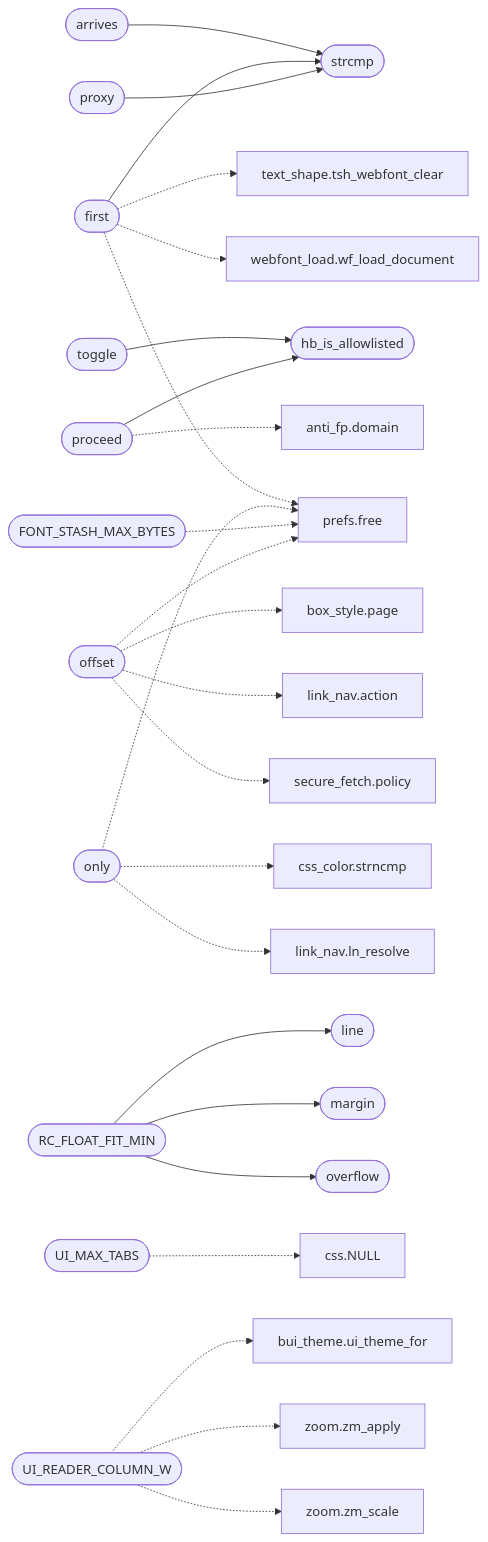
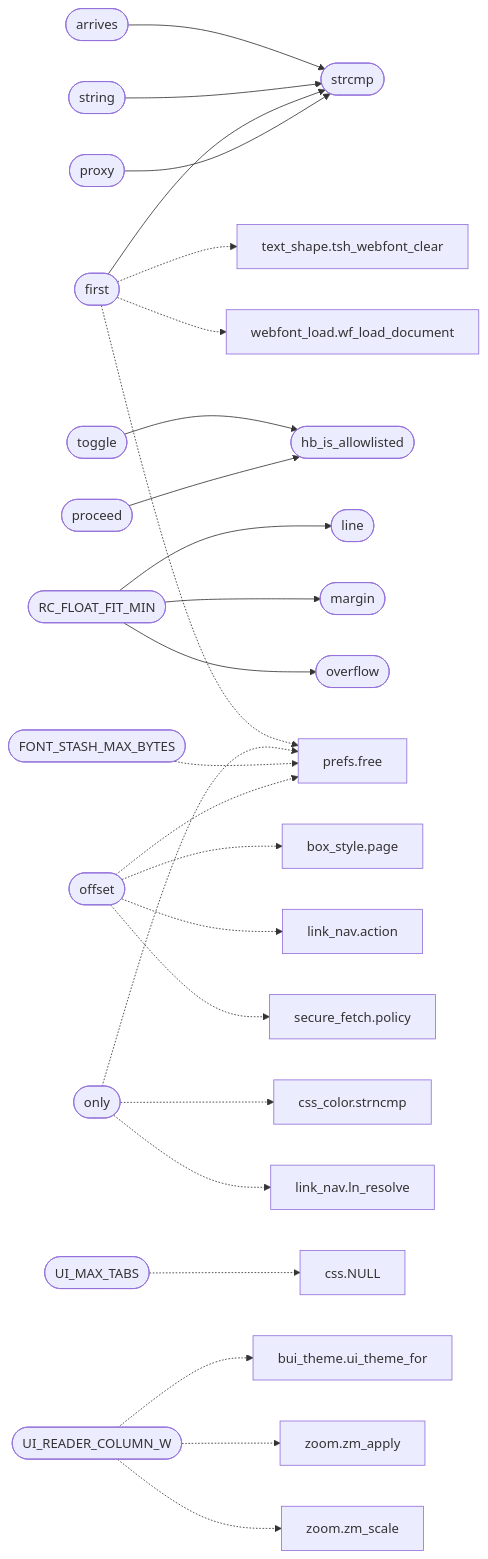
Before and after one commit to grisuno/FreeDom: the second of 2 diagrams in readmenator-apidocs/modules/gui.browser_ui.c.md, drawn with Mermaid. The commit also changed other lines of this file and 301 other files, not shown here.

````diff
--- a/readmenator-apidocs/modules/gui.browser_ui.c.md
+++ b/readmenator-apidocs/modules/gui.browser_ui.c.md
@@ -75,56 +75,56 @@
 ```mermaid
 flowchart LR
     n_gui_browser_ui_c__proxy(["proxy"])
     n_gui_browser_ui_c__strcmp(["strcmp"])
     n_gui_browser_ui_c__first(["first"])
     n_gui_browser_ui_c__proceed(["proceed"])
     n_gui_browser_ui_c__hb_is_allowlisted(["hb_is_allowlisted"])
+    n_gui_browser_ui_c__string(["string"])
     n_gui_browser_ui_c__toggle(["toggle"])
     n_gui_browser_ui_c__arrives(["arrives"])
     n_gui_browser_ui_c__RC_FLOAT_FIT_MIN(["RC_FLOAT_FIT_MIN"])
     n_gui_browser_ui_c__line(["line"])
     n_gui_browser_ui_c__margin(["margin"])
     n_gui_browser_ui_c__overflow(["overflow"])
     n_gui_browser_ui_c__offset(["offset"])
     n_include_box_style_h__page["box_style.page"]
     n_include_link_nav_h__action["link_nav.action"]
     n_include_prefs_h__free["prefs.free"]
     n_include_secure_fetch_h__policy["secure_fetch.policy"]
     n_gui_browser_ui_c__UI_MAX_TABS(["UI_MAX_TABS"])
     n_src_css_c__NULL["css.NULL"]
     n_gui_browser_ui_c__UI_READER_COLUMN_W(["UI_READER_COLUMN_W"])
     n_gui_bui_theme_c__ui_theme_for["bui_theme.ui_theme_for"]
     n_include_zoom_h__zm_apply["zoom.zm_apply"]
     n_include_zoom_h__zm_scale["zoom.zm_scale"]
     n_gui_browser_ui_c__FONT_STASH_MAX_BYTES(["FONT_STASH_MAX_BYTES"])
     n_gui_browser_ui_c__only(["only"])
     n_src_css_color_c__strncmp["css_color.strncmp"]
     n_src_link_nav_c__ln_resolve["link_nav.ln_resolve"]
     n_include_text_shape_h__tsh_webfont_clear["text_shape.tsh_webfont_clear"]
     n_src_webfont_load_c__wf_load_document["webfont_load.wf_load_document"]
-    n_include_anti_fp_h__domain["anti_fp.domain"]
     n_gui_browser_ui_c__proxy --> n_gui_browser_ui_c__strcmp
     n_gui_browser_ui_c__first --> n_gui_browser_ui_c__strcmp
     n_gui_browser_ui_c__proceed --> n_gui_browser_ui_c__hb_is_allowlisted
+    n_gui_browser_ui_c__string --> n_gui_browser_ui_c__strcmp
     n_gui_browser_ui_c__toggle --> n_gui_browser_ui_c__hb_is_allowlisted
     n_gui_browser_ui_c__arrives --> n_gui_browser_ui_c__strcmp
     n_gui_browser_ui_c__RC_FLOAT_FIT_MIN --> n_gui_browser_ui_c__line
     n_gui_browser_ui_c__RC_FLOAT_FIT_MIN --> n_gui_browser_ui_c__margin
     n_gui_browser_ui_c__RC_FLOAT_FIT_MIN --> n_gui_browser_ui_c__overflow
     n_gui_browser_ui_c__offset -.-> n_include_box_style_h__page
     n_gui_browser_ui_c__offset -.-> n_include_link_nav_h__action
     n_gui_browser_ui_c__offset -.-> n_include_prefs_h__free
     n_gui_browser_ui_c__offset -.-> n_include_secure_fetch_h__policy
     n_gui_browser_ui_c__UI_MAX_TABS -.-> n_src_css_c__NULL
     n_gui_browser_ui_c__UI_READER_COLUMN_W -.-> n_gui_bui_theme_c__ui_theme_for
     n_gui_browser_ui_c__UI_READER_COLUMN_W -.-> n_include_zoom_h__zm_apply
     n_gui_browser_ui_c__UI_READER_COLUMN_W -.-> n_include_zoom_h__zm_scale
     n_gui_browser_ui_c__FONT_STASH_MAX_BYTES -.-> n_include_prefs_h__free
     n_gui_browser_ui_c__only -.-> n_include_prefs_h__free
     n_gui_browser_ui_c__only -.-> n_src_css_color_c__strncmp
     n_gui_browser_ui_c__only -.-> n_src_link_nav_c__ln_resolve
     n_gui_browser_ui_c__first -.-> n_include_prefs_h__free
     n_gui_browser_ui_c__first -.-> n_include_text_shape_h__tsh_webfont_clear
     n_gui_browser_ui_c__first -.-> n_src_webfont_load_c__wf_load_document
-    n_gui_browser_ui_c__proceed -.-> n_include_anti_fp_h__domain
 ```
````
